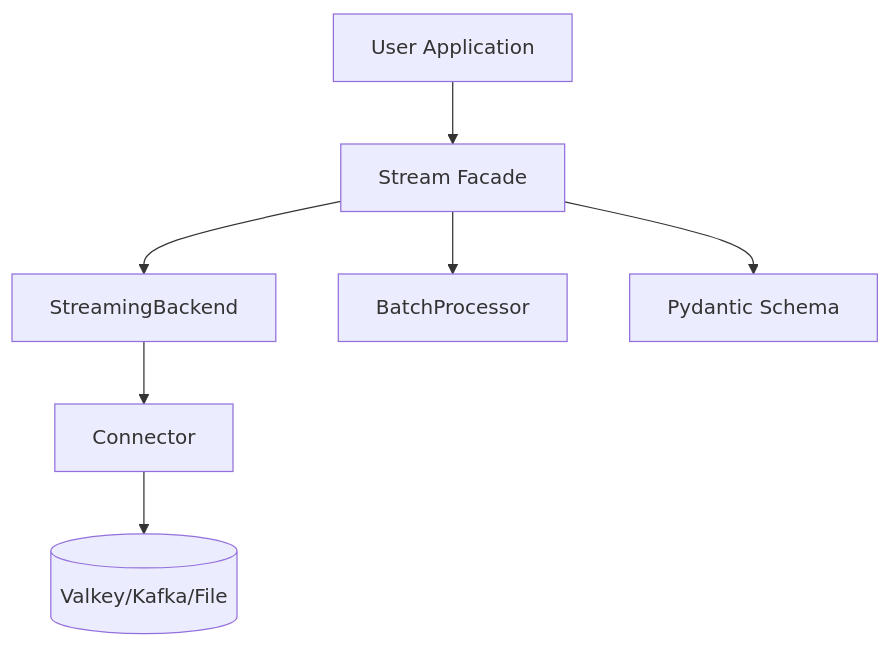
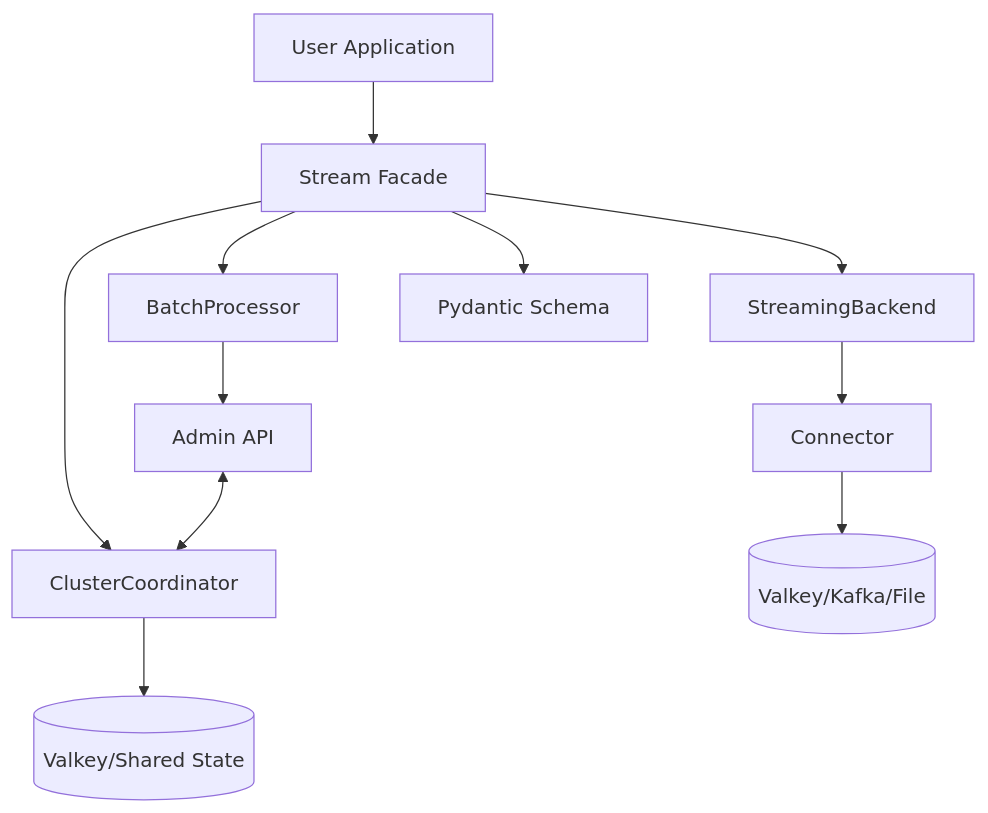
Before and after one commit to JosephMattHall/Python-Stream-Processing-Framework: the diagram in docs/architecture.md, drawn with Mermaid. The commit also changed other lines of this file and 4 other files, not shown here.

````diff
--- a/docs/architecture.md
+++ b/docs/architecture.md
@@ -9,10 +9,15 @@
 ```mermaid
 graph TD
     UserCode[User Application] --> Stream[Stream Facade]
     Stream --> Backend[StreamingBackend]
     Stream --> Processor[BatchProcessor]
     Stream --> Schema[Pydantic Schema]
+    Stream --> Coordinator[ClusterCoordinator]
     
     Backend --> Connector[Connector]
     Connector --> DB[(Valkey/Kafka/File)]
+    
+    Coordinator --> Registry[(Valkey/Shared State)]
+    Processor --> Admin[Admin API]
+    Admin <--> Coordinator
 ```
````
